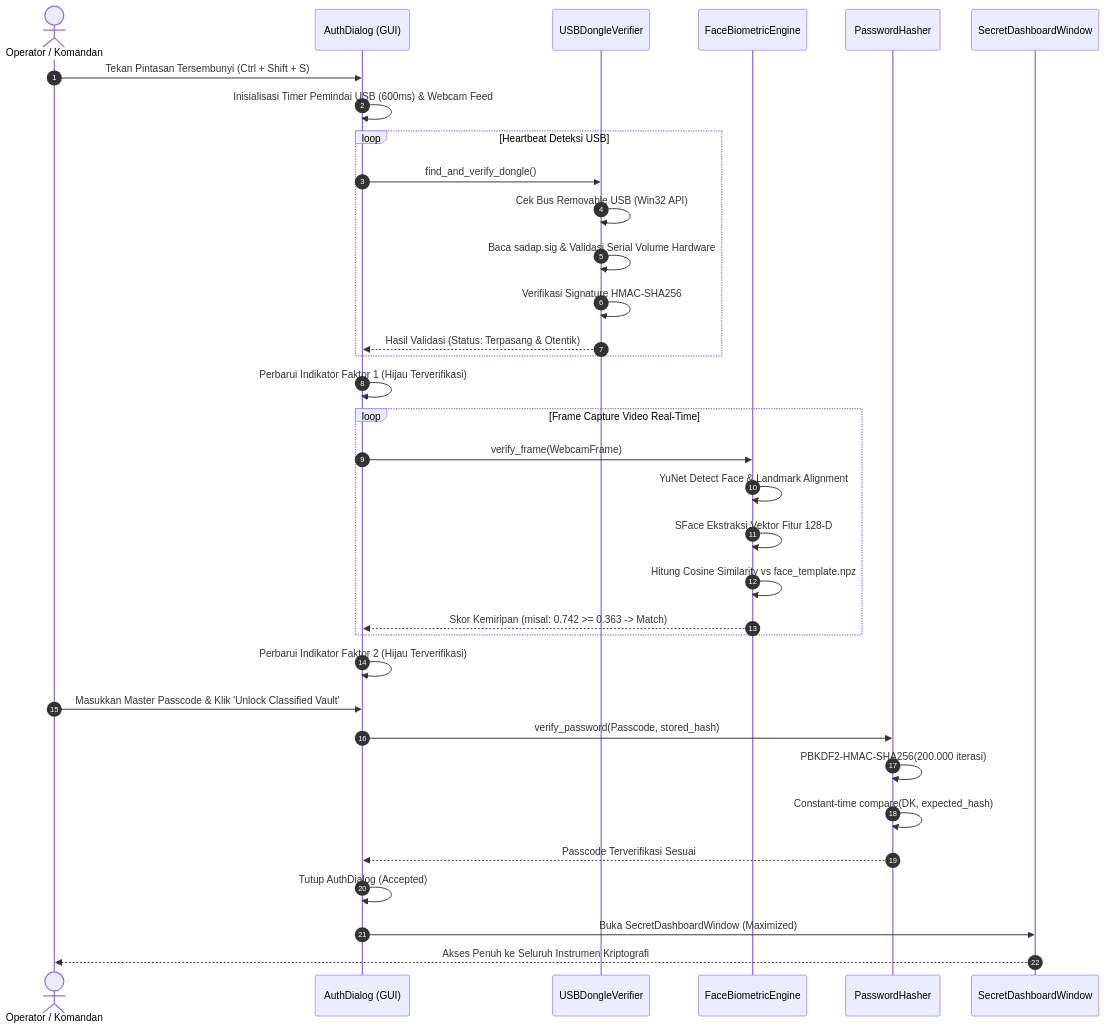
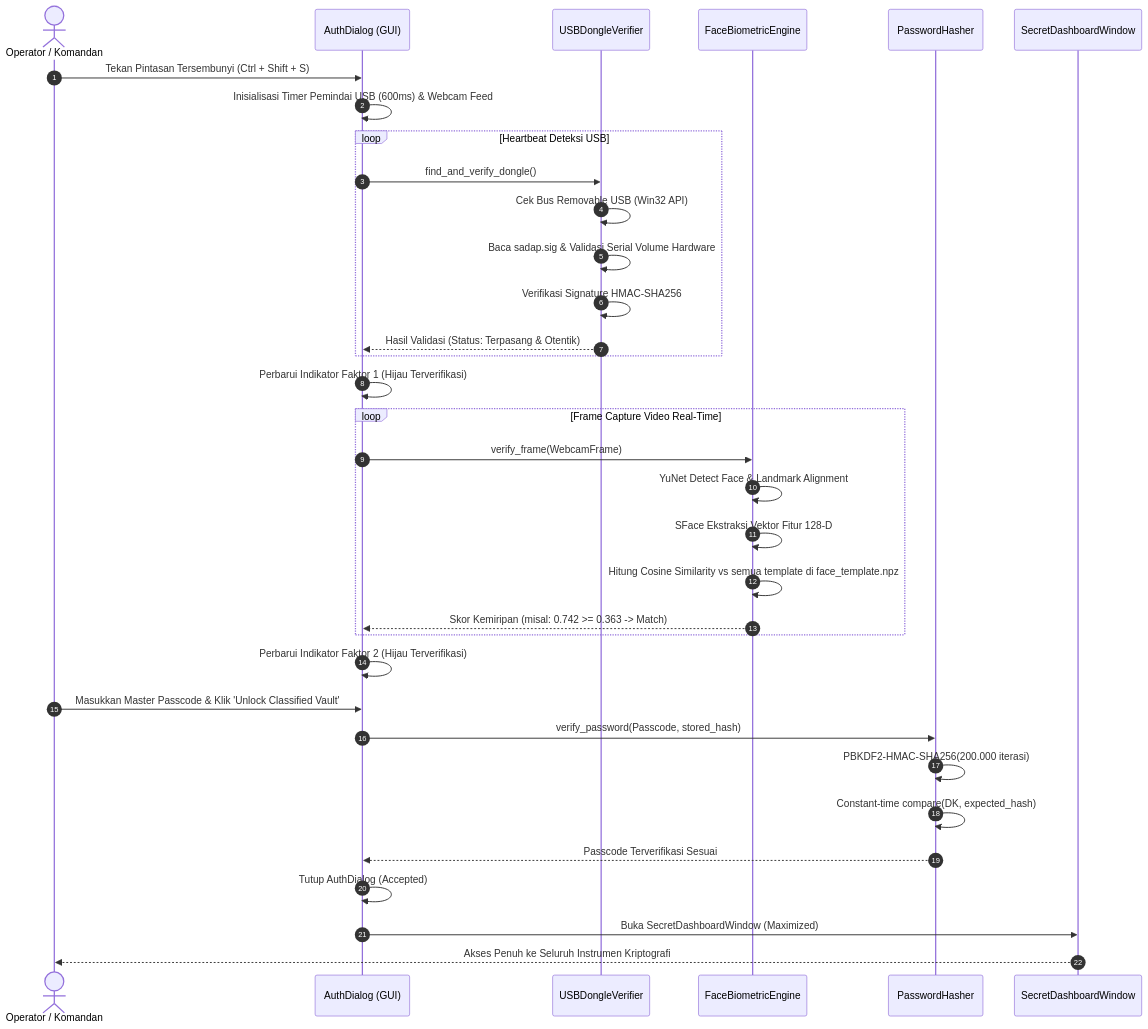
The eighth of 10 diagrams in laporan.md (ReinnentRZ/Sadap_Crypto_App), drawn with Mermaid before and after one commit. The commit also changed other lines of this file and 16 other files, not shown here.

````diff
--- a/laporan.md
+++ b/laporan.md
@@ -532,41 +533,41 @@
 ```mermaid
 sequenceDiagram
     autonumber
     actor Operator as Operator / Komandan
     participant UI as AuthDialog (GUI)
     participant USB as USBDongleVerifier
     participant AI as FaceBiometricEngine
     participant Hash as PasswordHasher
     participant Core as SecretDashboardWindow
 
     Operator->>UI: Tekan Pintasan Tersembunyi (Ctrl + Shift + S)
     UI->>UI: Inisialisasi Timer Pemindai USB (600ms) & Webcam Feed
     
     loop Heartbeat Deteksi USB
         UI->>USB: find_and_verify_dongle()
         USB->>USB: Cek Bus Removable USB (Win32 API)
         USB->>USB: Baca sadap.sig & Validasi Serial Volume Hardware
         USB->>USB: Verifikasi Signature HMAC-SHA256
         USB-->>UI: Hasil Validasi (Status: Terpasang & Otentik)
     end
     UI->>UI: Perbarui Indikator Faktor 1 (Hijau Terverifikasi)
 
     loop Frame Capture Video Real-Time
         UI->>AI: verify_frame(WebcamFrame)
         AI->>AI: YuNet Detect Face & Landmark Alignment
         AI->>AI: SFace Ekstraksi Vektor Fitur 128-D
-        AI->>AI: Hitung Cosine Similarity vs face_template.npz
+        AI->>AI: Hitung Cosine Similarity vs semua template di face_template.npz
         AI-->>UI: Skor Kemiripan (misal: 0.742 >= 0.363 -> Match)
     end
     UI->>UI: Perbarui Indikator Faktor 2 (Hijau Terverifikasi)
 
     Operator->>UI: Masukkan Master Passcode & Klik 'Unlock Classified Vault'
     UI->>Hash: verify_password(Passcode, stored_hash)
     Hash->>Hash: PBKDF2-HMAC-SHA256(200.000 iterasi)
     Hash->>Hash: Constant-time compare(DK, expected_hash)
     Hash-->>UI: Passcode Terverifikasi Sesuai
     
     UI->>UI: Tutup AuthDialog (Accepted)
     UI->>Core: Buka SecretDashboardWindow (Maximized)
     Core-->>Operator: Akses Penuh ke Seluruh Instrumen Kriptografi
 ```
````
